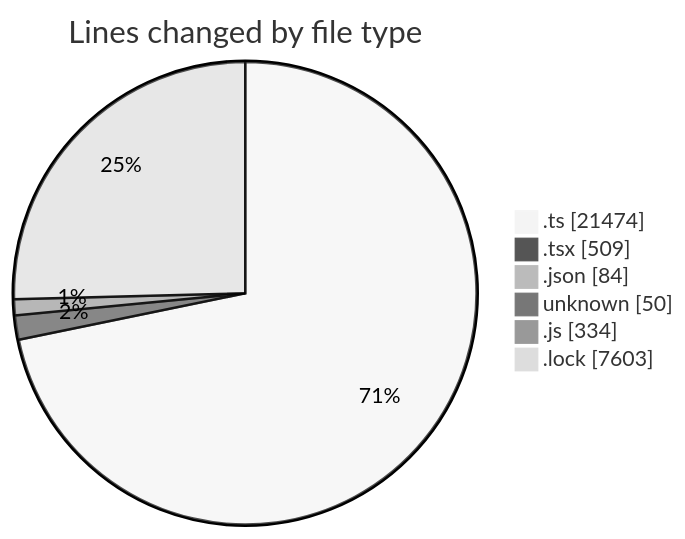
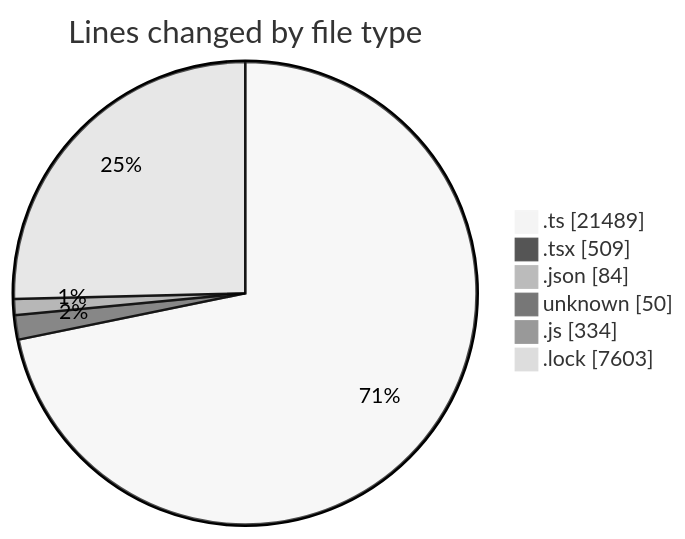
One commit to momahboobian/code-tracking changed the first of 2 diagrams in 2025-11-28/cda/README.md. Above: the diagram before and after it, drawn with Mermaid (neutral theme). The commit also changed other lines of this file and 1 other file, not shown here.

````diff
--- a/2025-11-28/cda/README.md
+++ b/2025-11-28/cda/README.md
@@ -33,10 +33,10 @@
 ```mermaid
 pie showData
 title Lines changed by file type
-".ts" : 21474
+".ts" : 21489
 ".tsx" : 509
 ".json" : 84
 "unknown" : 50
 ".js" : 334
 ".lock" : 7603
 ```
````
